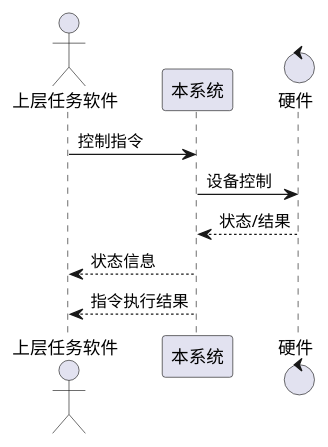
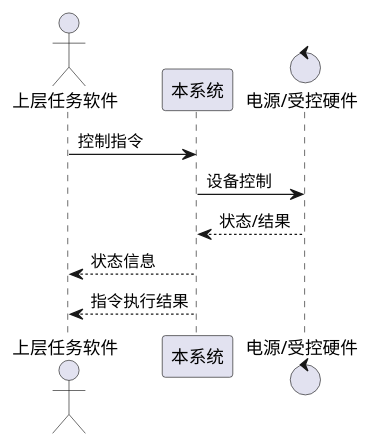
One commit to cppshooter/cursor changed the diagram in prompts/05-性能与接口设计方案.md. Above: the diagram before and after it, drawn with PlantUML. The commit also changed other lines of this file and 15 other files, not shown here.

````diff
--- a/prompts/05-性能与接口设计方案.md
+++ b/prompts/05-性能与接口设计方案.md
@@ -43,12 +39,12 @@
 ```plantuml
 @startuml
 actor 上层任务软件 as Upper
 participant "本系统" as Sys
-control 硬件 as HW
+control "电源/受控硬件" as HW
 Upper -> Sys : 控制指令
 Sys -> HW : 设备控制
 HW --> Sys : 状态/结果
 Sys --> Upper : 状态信息
 Sys --> Upper : 指令执行结果
 @enduml
 ```
````
